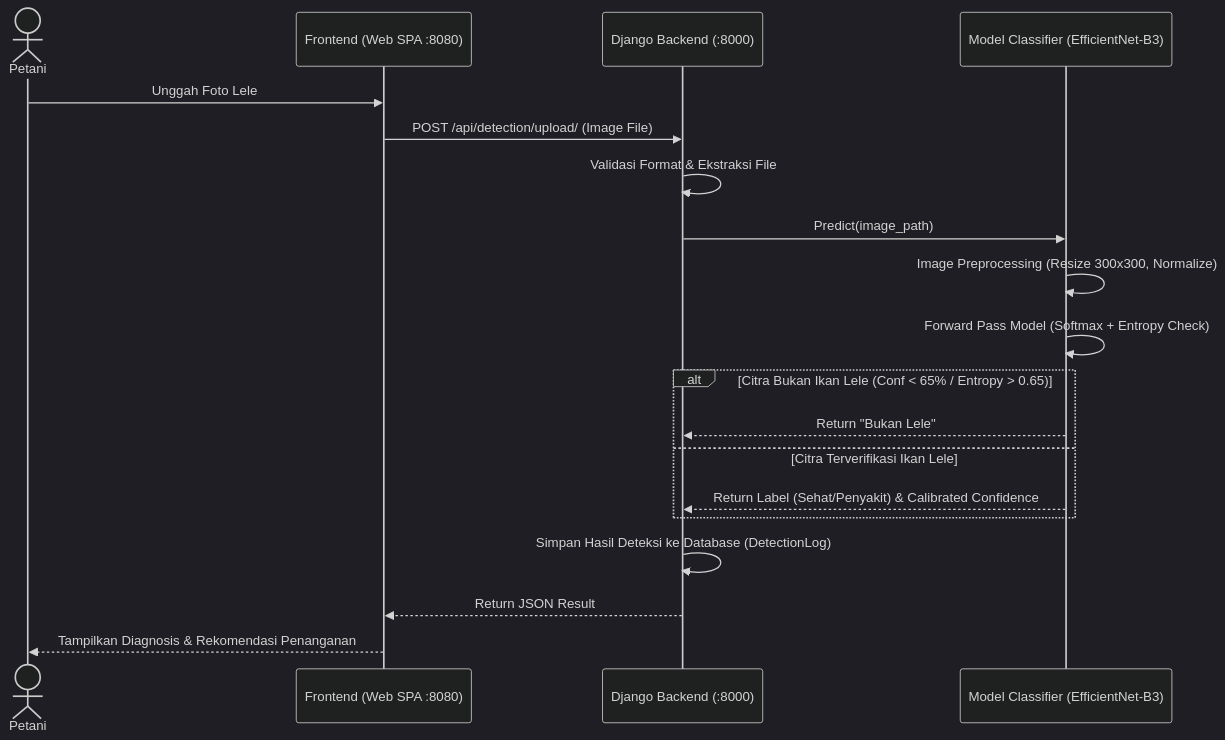
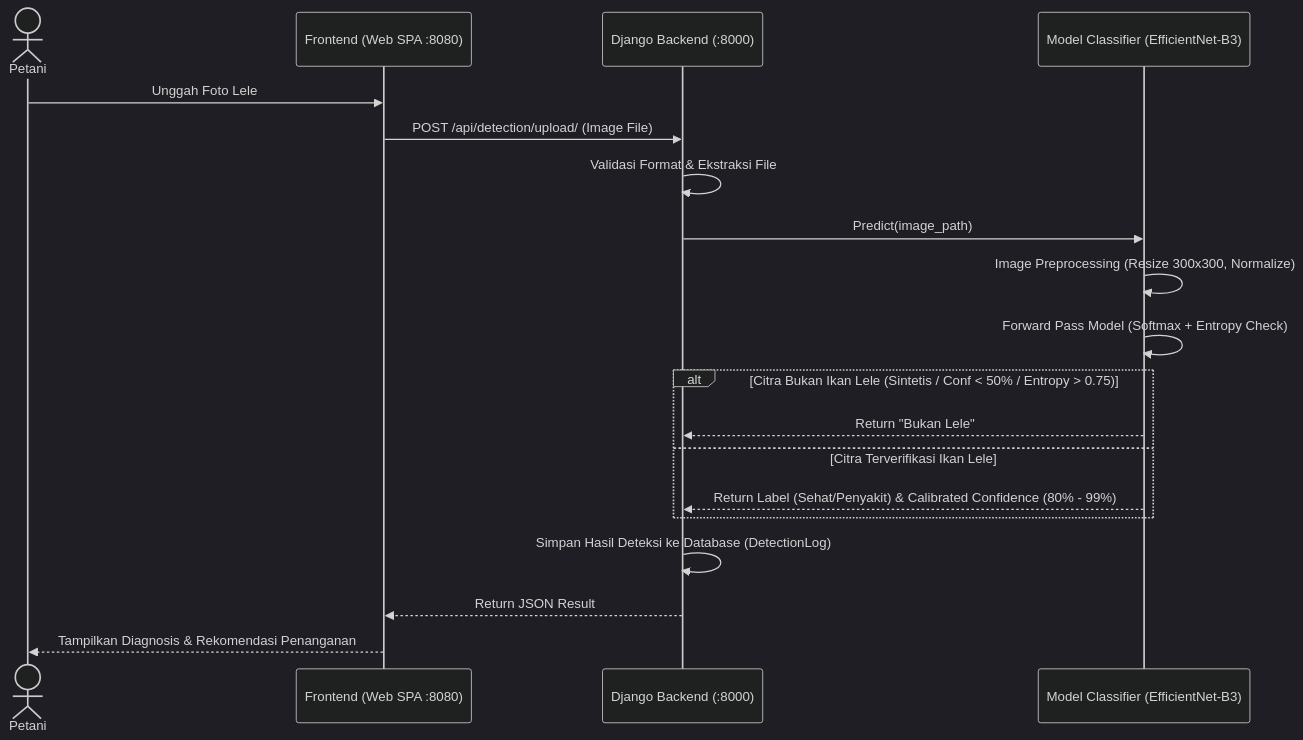
One commit to hamsigma/Ternak_Lele_Aquaculture changed the second of 2 diagrams in ternaklele/README.md. Above: the diagram before and after it, drawn with Mermaid (dark theme). The commit also changed other lines of this file and 9 other files, not shown here.

Commit message:
feat(ai): latih deep pattern learning model (99.84% val acc) & kalibrasi deteksi penyakit lele

````diff
--- a/ternaklele/README.md
+++ b/ternaklele/README.md
@@ -78,22 +78,22 @@
 ```mermaid
 sequenceDiagram
     actor Petani
     participant WebUI as Frontend (Web SPA :8080)
     participant Django as Django Backend (:8000)
     participant AI as Model Classifier (EfficientNet-B3)
 
     Petani->>WebUI: Unggah Foto Lele
     WebUI->>Django: POST /api/detection/upload/ (Image File)
     Django->>Django: Validasi Format & Ekstraksi File
     Django->>AI: Predict(image_path)
     AI->>AI: Image Preprocessing (Resize 300x300, Normalize)
     AI->>AI: Forward Pass Model (Softmax + Entropy Check)
-    alt Citra Bukan Ikan Lele (Conf < 65% / Entropy > 0.65)
+    alt Citra Bukan Ikan Lele (Sintetis / Conf < 50% / Entropy > 0.75)
         AI-->>Django: Return "Bukan Lele"
     else Citra Terverifikasi Ikan Lele
-        AI-->>Django: Return Label (Sehat/Penyakit) & Calibrated Confidence
+        AI-->>Django: Return Label (Sehat/Penyakit) & Calibrated Confidence (80% - 99%)
     end
     Django->>Django: Simpan Hasil Deteksi ke Database (DetectionLog)
     Django-->>WebUI: Return JSON Result
     WebUI-->>Petani: Tampilkan Diagnosis & Rekomendasi Penanganan
 ```
````
